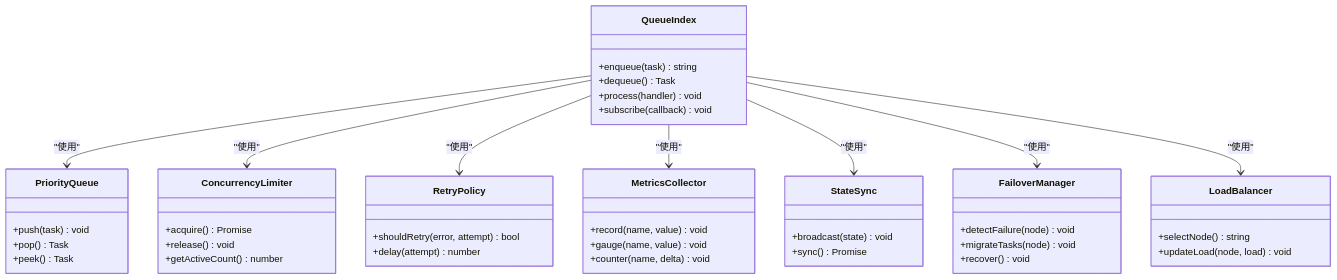
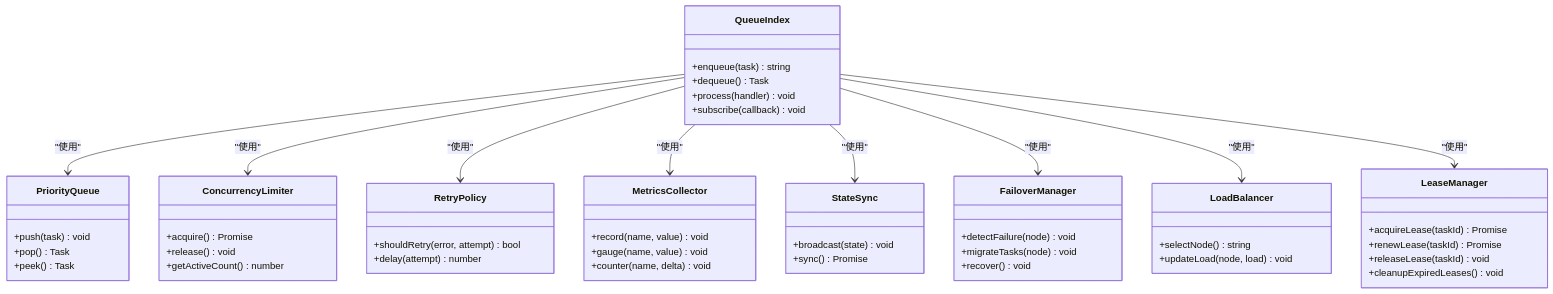
The fifth of 6 diagrams in .qoder/repowiki/zh/content/后端架构/任务处理/任务处理.md (scottcwy/PurpleInk), drawn with Mermaid before and after one commit. The commit also changed other lines of this file and 37 other files, not shown here.

````diff
--- a/.qoder/repowiki/zh/content/后端架构/任务处理/任务处理.md
+++ b/.qoder/repowiki/zh/content/后端架构/任务处理/任务处理.md
@@ -257,48 +287,55 @@
 ```mermaid
 classDiagram
 class QueueIndex {
 +enqueue(task) string
 +dequeue() Task
 +process(handler) void
 +subscribe(callback) void
 }
 class PriorityQueue {
 +push(task) void
 +pop() Task
 +peek() Task
 }
 class ConcurrencyLimiter {
 +acquire() Promise
 +release() void
 +getActiveCount() number
 }
 class RetryPolicy {
 +shouldRetry(error, attempt) bool
 +delay(attempt) number
 }
 class MetricsCollector {
 +record(name, value) void
 +gauge(name, value) void
 +counter(name, delta) void
 }
 class StateSync {
 +broadcast(state) void
 +sync() Promise
 }
 class FailoverManager {
 +detectFailure(node) void
 +migrateTasks(node) void
 +recover() void
 }
 class LoadBalancer {
 +selectNode() string
 +updateLoad(node, load) void
 }
+class LeaseManager {
++acquireLease(taskId) Promise
++renewLease(taskId) Promise
++releaseLease(taskId) void
++cleanupExpiredLeases() void
+}
 QueueIndex --> PriorityQueue : "使用"
 QueueIndex --> ConcurrencyLimiter : "使用"
 QueueIndex --> RetryPolicy : "使用"
 QueueIndex --> MetricsCollector : "使用"
 QueueIndex --> StateSync : "使用"
 QueueIndex --> FailoverManager : "使用"
 QueueIndex --> LoadBalancer : "使用"
+QueueIndex --> LeaseManager : "使用"
 ```
````
